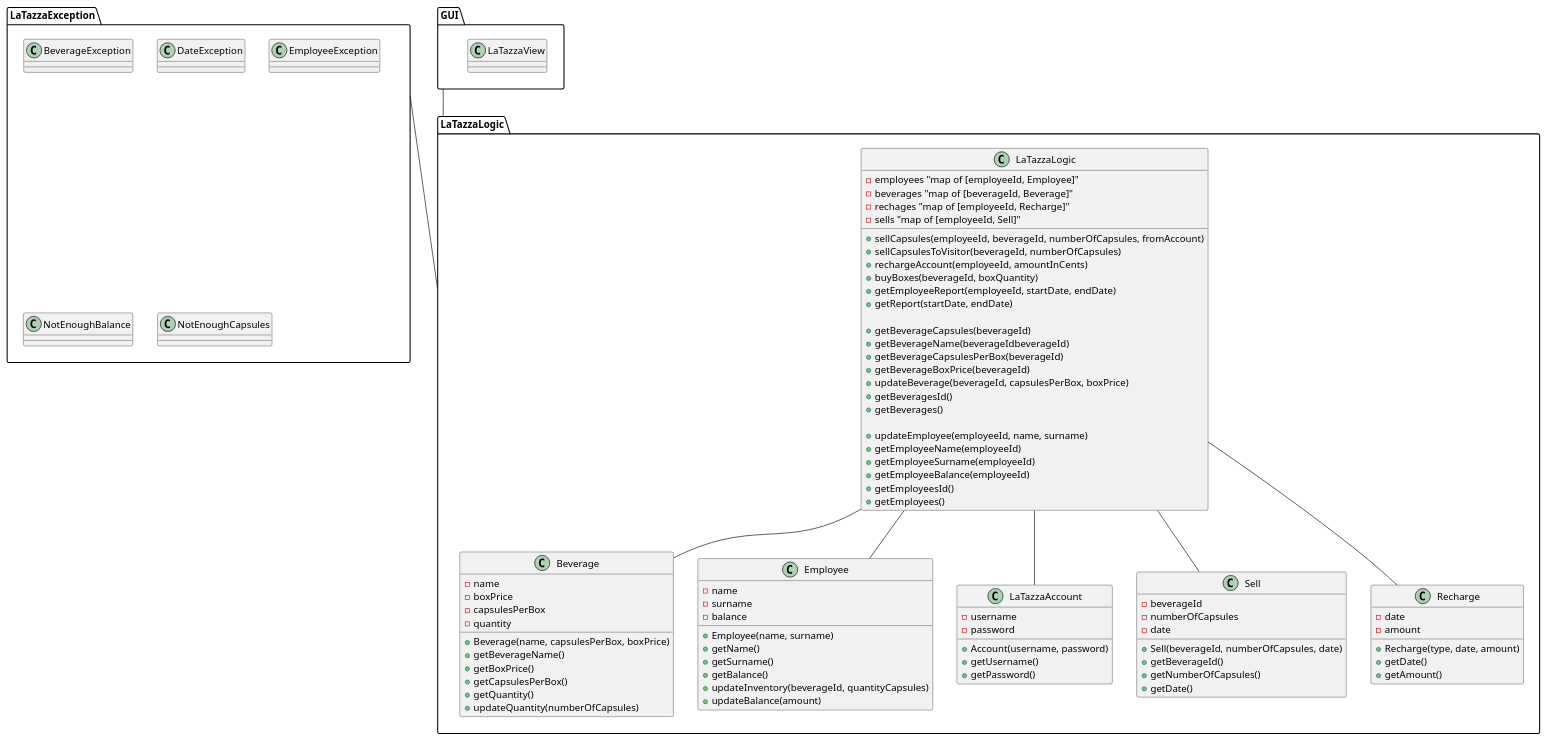
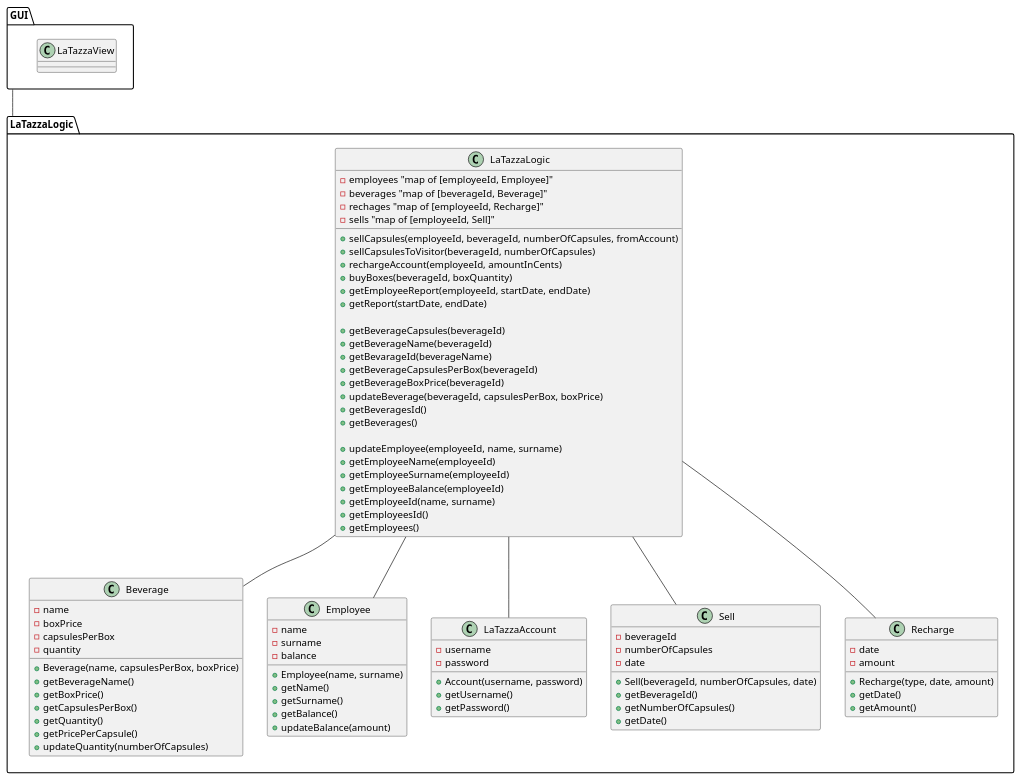
One commit to SimoneDutto/LaTazza changed the second of 3 diagrams in templates/DesignDocumentTemplate.md. Above: the diagram before and after it, drawn with PlantUML. The commit also changed other lines of this file, not shown here.

Commit message:
Update Class Diagram Update FR1 in Verification traceability matrix Add Sequence Diagram of Scenario 1

````diff
--- a/templates/DesignDocumentTemplate.md
+++ b/templates/DesignDocumentTemplate.md
@@ -38,12 +37,4 @@
 ```plantuml
-
-package LaTazzaException{
- class BeverageException 
- class DateException 
- class EmployeeException 
- class NotEnoughBalance 
- class NotEnoughCapsules 
-}
 
 package LaTazzaLogic{
 class LaTazzaLogic {
@@ -60,7 +51,8 @@
 {method} + getReport(startDate, endDate)
 
 {method} + getBeverageCapsules(beverageId)
-{method} + getBeverageName(beverageIdbeverageId)
+{method} + getBeverageName(beverageId)
+{method} + getBevarageId(beverageName)
 {method} + getBeverageCapsulesPerBox(beverageId)
 {method} + getBeverageBoxPrice(beverageId)
 {method} + updateBeverage(beverageId, capsulesPerBox, boxPrice)
@@ -71,6 +63,7 @@
 {method} + getEmployeeName(employeeId)
 {method} + getEmployeeSurname(employeeId)
 {method} + getEmployeeBalance(employeeId)
+{method} + getEmployeeId(name, surname)
 {method} + getEmployeesId()
 {method} + getEmployees()
 }
@@ -86,6 +79,7 @@
 {method} + getBoxPrice()
 {method} + getCapsulesPerBox()
 {method} + getQuantity()
+{method} + getPricePerCapsule()
 {method} + updateQuantity(numberOfCapsules)
 }
 
@@ -98,7 +92,6 @@
 {method} + getName()
 {method} + getSurname()
 {method} + getBalance()
-{method} + updateInventory(beverageId, quantityCapsules)
 {method} + updateBalance(amount)
 }
 
@@ -143,7 +136,7 @@
 }
 
 GUI -- LaTazzaLogic
-LaTazzaException -- LaTazzaLogic
+
 
 
 
````
